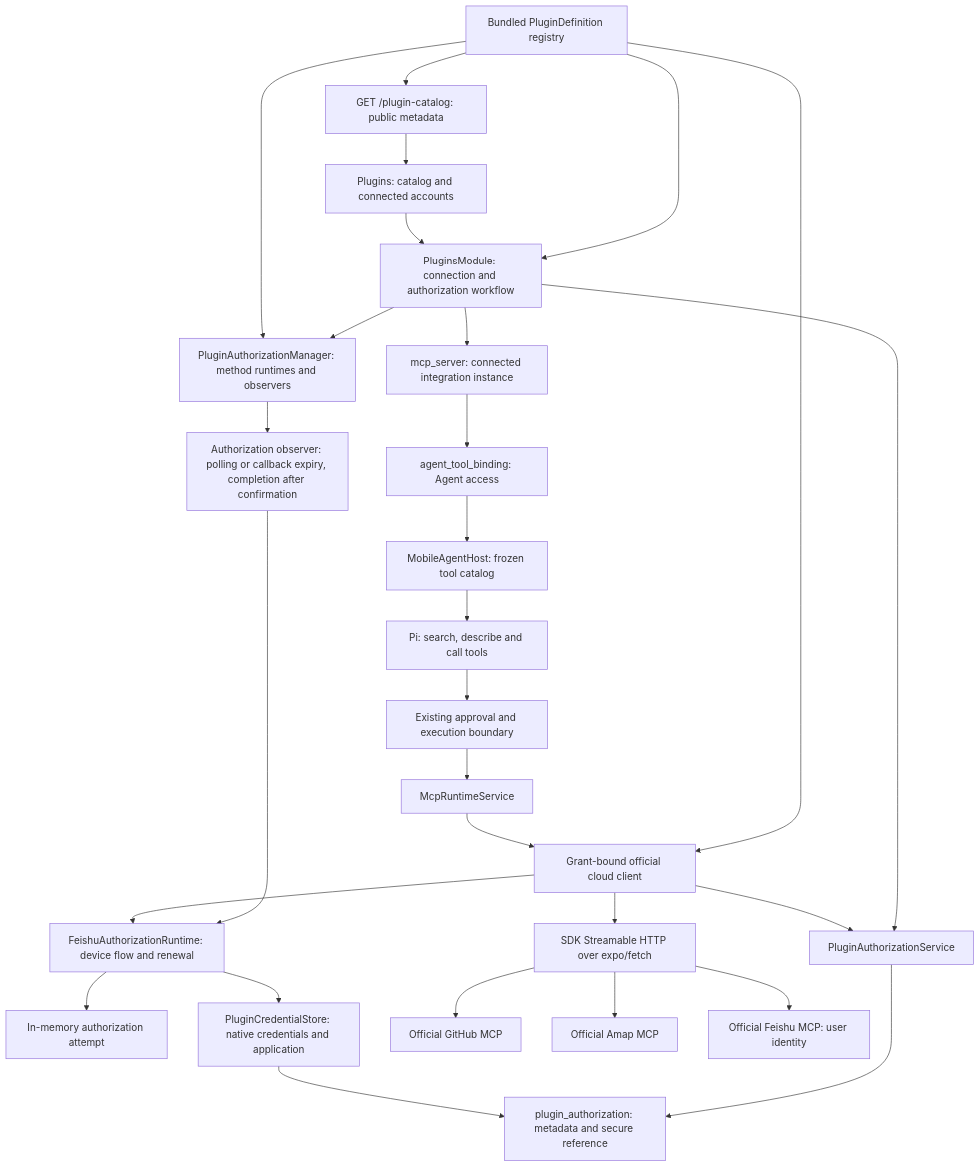
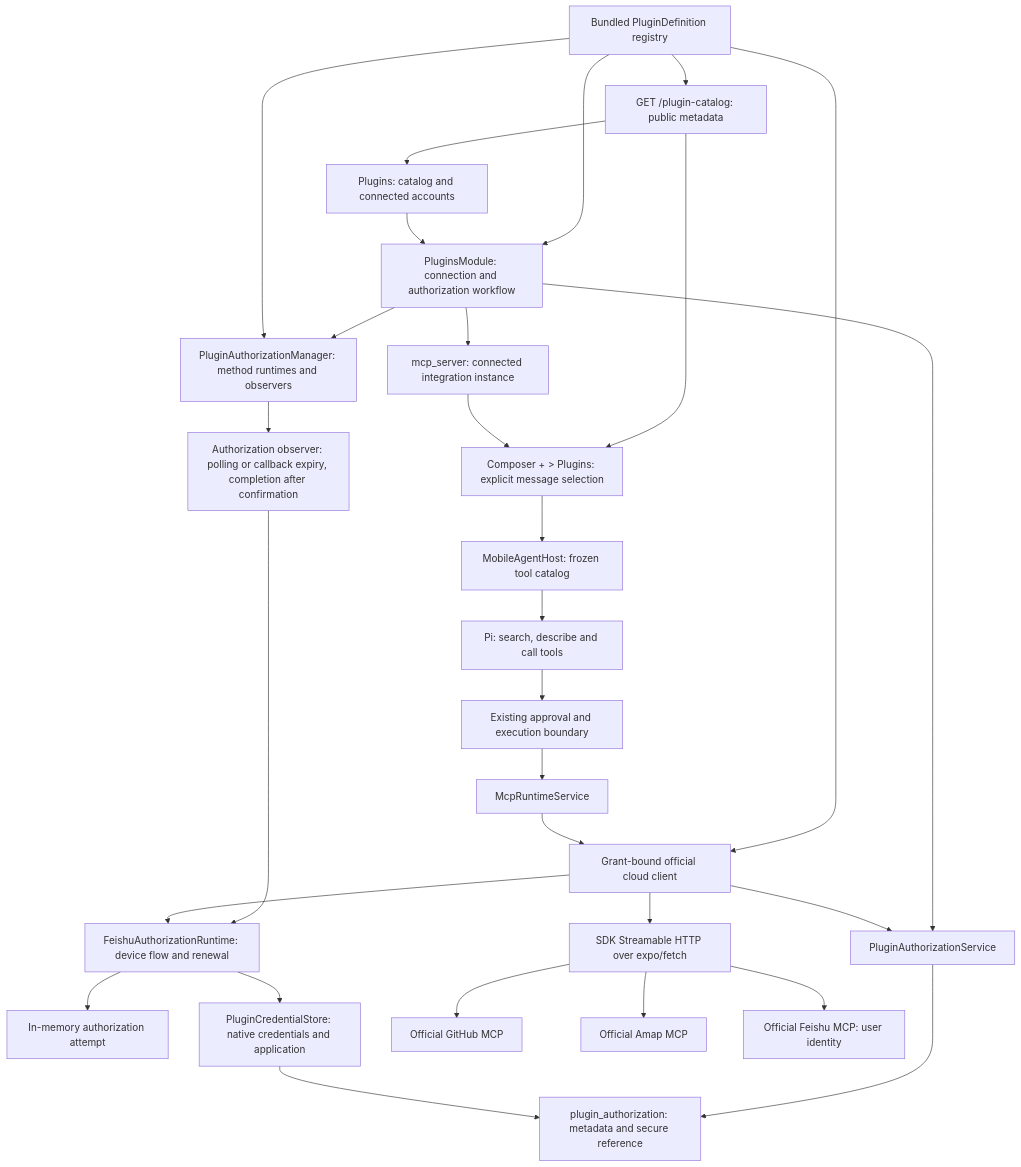
Before and after one commit to CherryHQ/cherry-studio-app: the diagram in docs/references/agent/built-in-mcp-design.md, drawn with Mermaid. The commit also changed other lines of this file and 33 other files, not shown here.

Commit message:
feat(chat-input): select plugins per message from the add menu

````diff
--- a/docs/references/agent/built-in-mcp-design.md
+++ b/docs/references/agent/built-in-mcp-design.md
@@ -314,30 +322,31 @@
 ```mermaid
 flowchart TD
   Registry["Bundled PluginDefinition registry"] --> Catalog["GET /plugin-catalog: public metadata"]
   Catalog --> Settings["Plugins: catalog and connected accounts"]
   Registry --> Workflow["PluginsModule: connection and authorization workflow"]
   Settings --> Workflow
   Registry --> Client["Grant-bound official cloud client"]
   Workflow --> Auth["PluginAuthorizationService"]
   Auth --> AuthTable["plugin_authorization: metadata and secure reference"]
   Workflow --> Manager["PluginAuthorizationManager: method runtimes and observers"]
   Registry --> Manager
   Manager --> Observer["Authorization observer: polling or callback expiry, completion after confirmation"]
   Observer --> UserAuth["FeishuAuthorizationRuntime: device flow and renewal"]
   UserAuth --> State["In-memory authorization attempt"]
   UserAuth --> Secrets["PluginCredentialStore: native credentials and application"]
   Secrets --> AuthTable
   Workflow --> Server["mcp_server: connected integration instance"]
-  Server --> Binding["agent_tool_binding: Agent access"]
-  Binding --> Host["MobileAgentHost: frozen tool catalog"]
+  Catalog --> Picker["Composer + > Plugins: explicit message selection"]
+  Server --> Picker
+  Picker --> Host["MobileAgentHost: frozen tool catalog"]
   Host --> Pi["Pi: search, describe and call tools"]
   Pi --> Approval["Existing approval and execution boundary"]
   Approval --> MCP["McpRuntimeService"]
   MCP --> Client["Grant-bound official cloud client"]
   Client --> Auth
   Client --> UserAuth
   Client --> Remote["SDK Streamable HTTP over expo/fetch"]
   Remote --> GitHub["Official GitHub MCP"]
   Remote --> Amap["Official Amap MCP"]
   Remote --> Feishu["Official Feishu MCP: user identity"]
 ```
````
